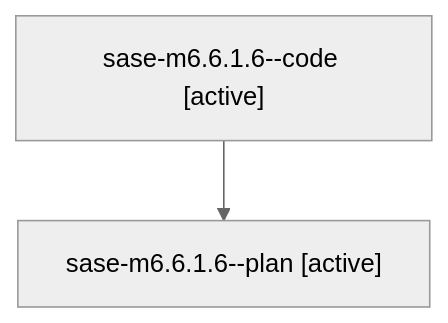
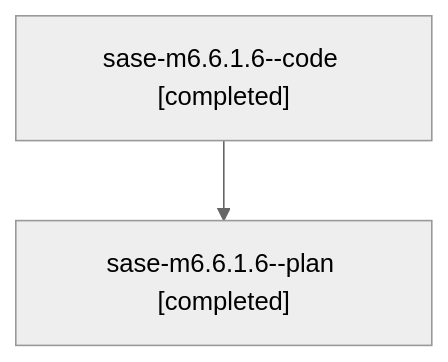
The diagram in families/bbugyi200.athena.sase-m6.6.1.6.md (sase-org/sase--agents), drawn with Mermaid (neutral theme) before and after one commit. The commit also changed other lines of this file and 100 other files, not shown here.

````diff
--- a/families/bbugyi200.athena.sase-m6.6.1.6.md
+++ b/families/bbugyi200.athena.sase-m6.6.1.6.md
@@ -9,6 +9,6 @@
 ```mermaid
 flowchart TD
-  n0["sase-m6.6.1.6--code [active]"]
-  n1["sase-m6.6.1.6--plan [active]"]
+  n0["sase-m6.6.1.6--code [completed]"]
+  n1["sase-m6.6.1.6--plan [completed]"]
   n0 --> n1
 ```
````
